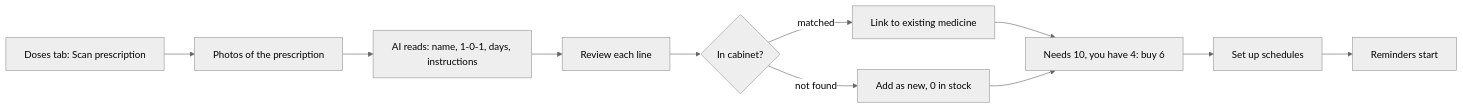
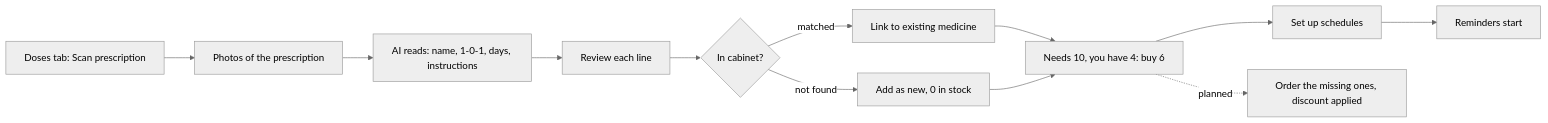
One commit to hashtag7532/medstock changed the third of 7 diagrams in docs/user-journeys.md. Above: the diagram before and after it, drawn with Mermaid (neutral theme). The commit also changed other lines of this file, not shown here.

````diff
--- a/docs/user-journeys.md
+++ b/docs/user-journeys.md
@@ -164,12 +178,13 @@
 ```mermaid
 flowchart LR
   A[Doses tab: Scan prescription] --> B[Photos of the prescription]
   B --> C[AI reads: name, 1-0-1, days, instructions]
   C --> D[Review each line]
   D --> E{In cabinet?}
   E -- matched --> F[Link to existing medicine]
   E -- not found --> G[Add as new, 0 in stock]
   F & G --> H["Needs 10, you have 4: buy 6"]
   H --> I[Set up schedules]
   I --> J[Reminders start]
+  H -. planned .-> K[Order the missing ones, discount applied]
 ```
````
